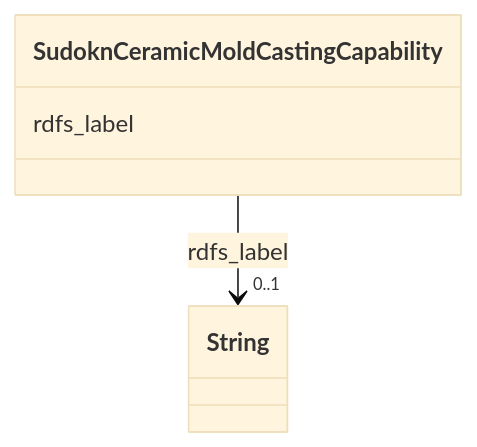
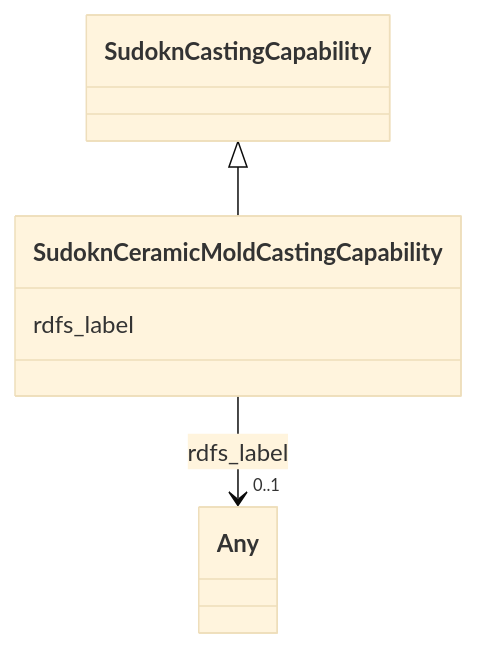
One commit to frink-okn/graph-descriptions changed the diagram in sudokn-kg/classes/SudoknCeramicMoldCastingCapability.md. Above: the diagram before and after it, drawn with Mermaid (base theme). The commit also changed other lines of this file and 903 other files, not shown here.

````diff
--- a/sudokn-kg/classes/SudoknCeramicMoldCastingCapability.md
+++ b/sudokn-kg/classes/SudoknCeramicMoldCastingCapability.md
@@ -23,15 +18,18 @@
 ```mermaid
  classDiagram
     class SudoknCeramicMoldCastingCapability
     click SudoknCeramicMoldCastingCapability href "../SudoknCeramicMoldCastingCapability"
+      SudoknCastingCapability <|-- SudoknCeramicMoldCastingCapability
+        click SudoknCastingCapability href "../SudoknCastingCapability"
+      
       SudoknCeramicMoldCastingCapability : rdfs_label
         
           
     
     
-    SudoknCeramicMoldCastingCapability --> "0..1" String : rdfs_label
-    click String href "../String"
+    SudoknCeramicMoldCastingCapability --> "0..1" Any : rdfs_label
+    click Any href "../Any"
 
         
       
 ```
````
